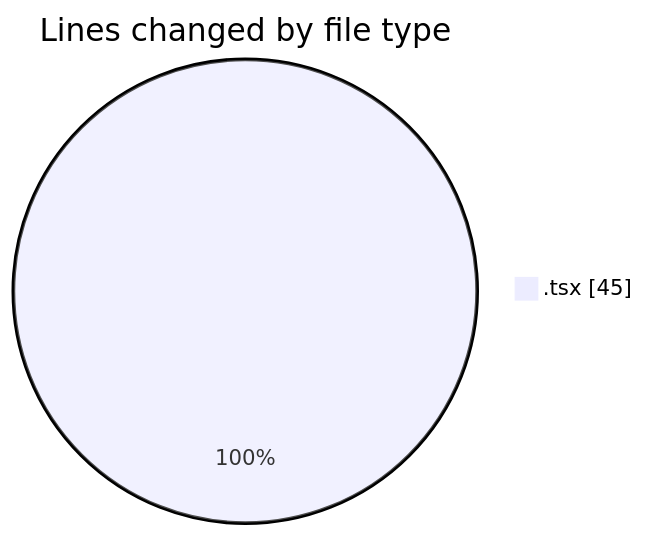
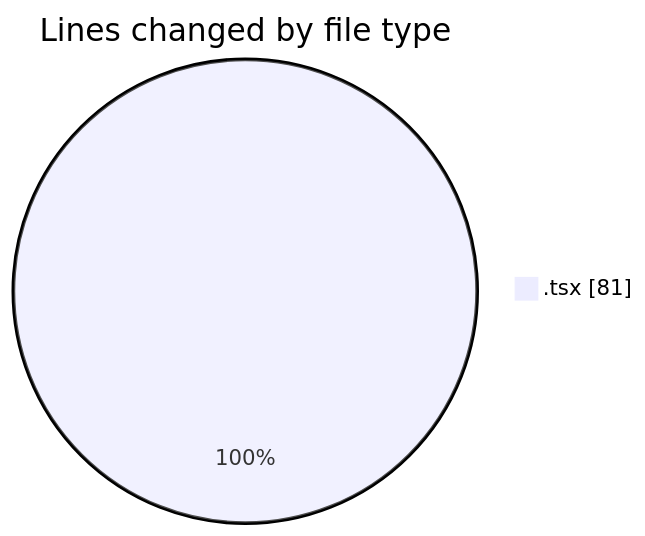
The first of 2 diagrams in 2025-03-05/frontend/README.md (robertbonfada/code-tracking), drawn with Mermaid before and after one commit. The commit also changed other lines of this file and 1 other file, not shown here.

````diff
--- a/2025-03-05/frontend/README.md
+++ b/2025-03-05/frontend/README.md
@@ -20,5 +20,5 @@
 ```mermaid
 pie showData
 title Lines changed by file type
-".tsx" : 45
+".tsx" : 81
 ```
````
